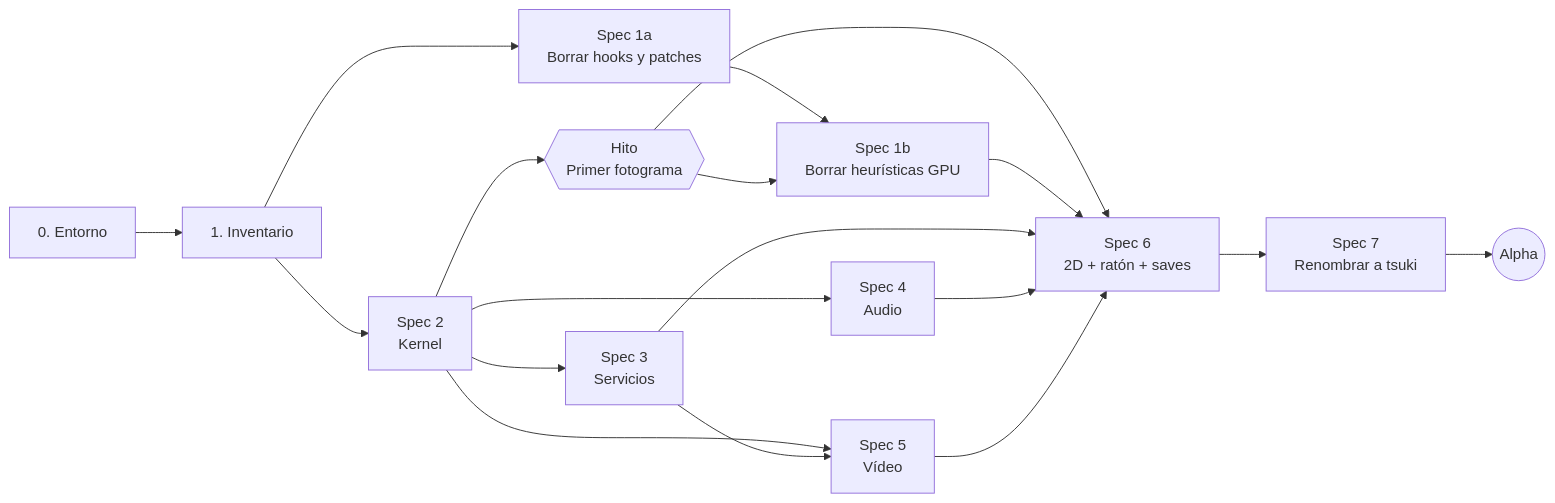
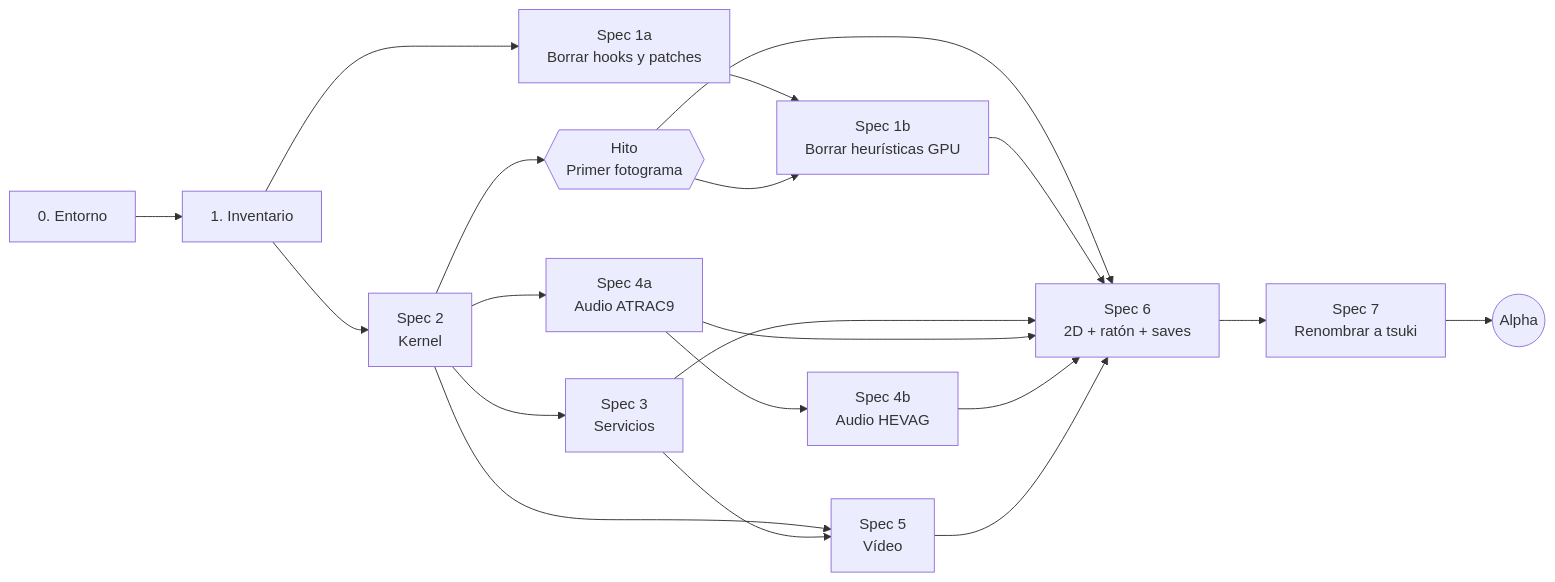
The diagram in docs/tsuki/ROADMAP.md (Waffle631/Project-Blue-Moon), drawn with Mermaid before and after one commit. The commit also changed other lines of this file and 1 other file, not shown here.

First line of the commit message:
docs(audio): replantear la spec 4 en ATRAC9 (4a) y HEVAG (4b)

````diff
--- a/docs/tsuki/ROADMAP.md
+++ b/docs/tsuki/ROADMAP.md
@@ -178,20 +179,22 @@
 ```mermaid
 flowchart LR
     E0[0. Entorno] --> E1[1. Inventario]
     E1 --> S2[Spec 2<br/>Kernel]
     E1 --> S1A[Spec 1a<br/>Borrar hooks y patches]
     S2 --> H{{Hito<br/>Primer fotograma}}
     S1A --> S1B[Spec 1b<br/>Borrar heurísticas GPU]
     H --> S1B
     S2 --> S3[Spec 3<br/>Servicios]
-    S2 --> S4[Spec 4<br/>Audio]
+    S2 --> S4A[Spec 4a<br/>Audio ATRAC9]
+    S4A --> S4B[Spec 4b<br/>Audio HEVAG]
     S2 --> S5[Spec 5<br/>Vídeo]
     S3 --> S5
     H --> S6[Spec 6<br/>2D + ratón + saves]
     S1B --> S6
     S3 --> S6
-    S4 --> S6
+    S4A --> S6
+    S4B --> S6
     S5 --> S6
     S6 --> S7[Spec 7<br/>Renombrar a tsuki]
     S7 --> A((Alpha))
 ```
````
